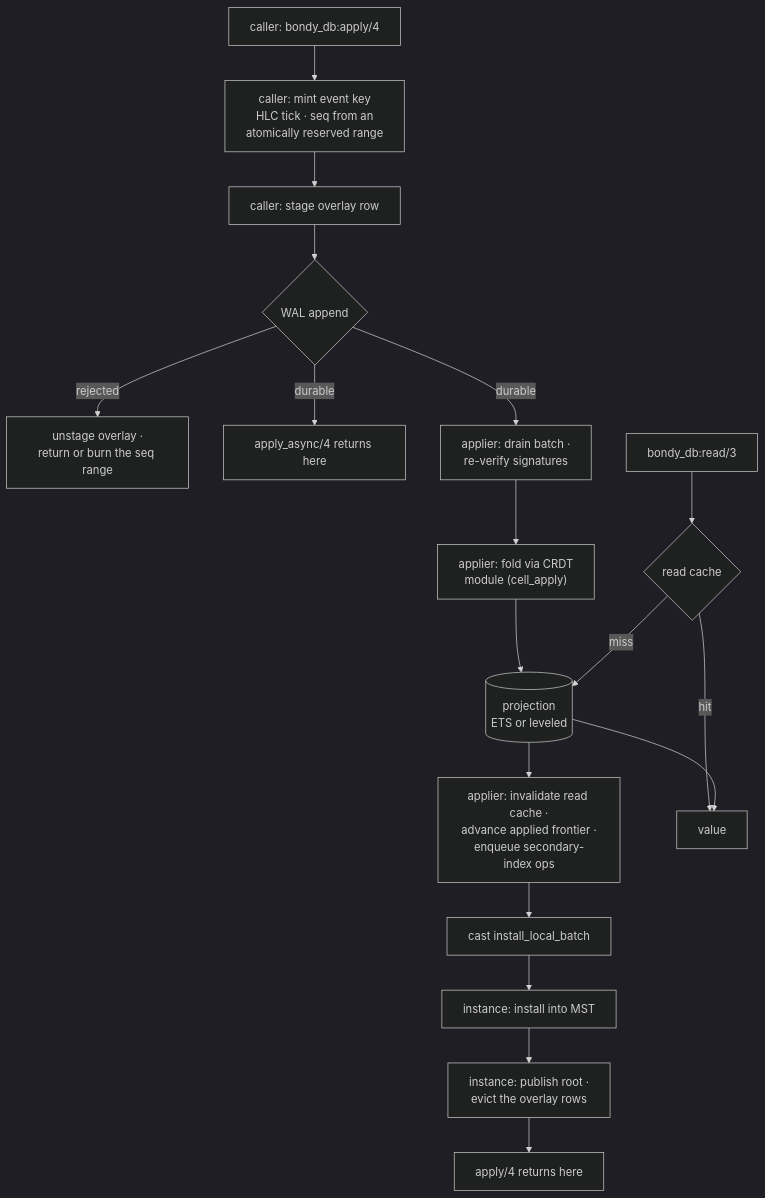
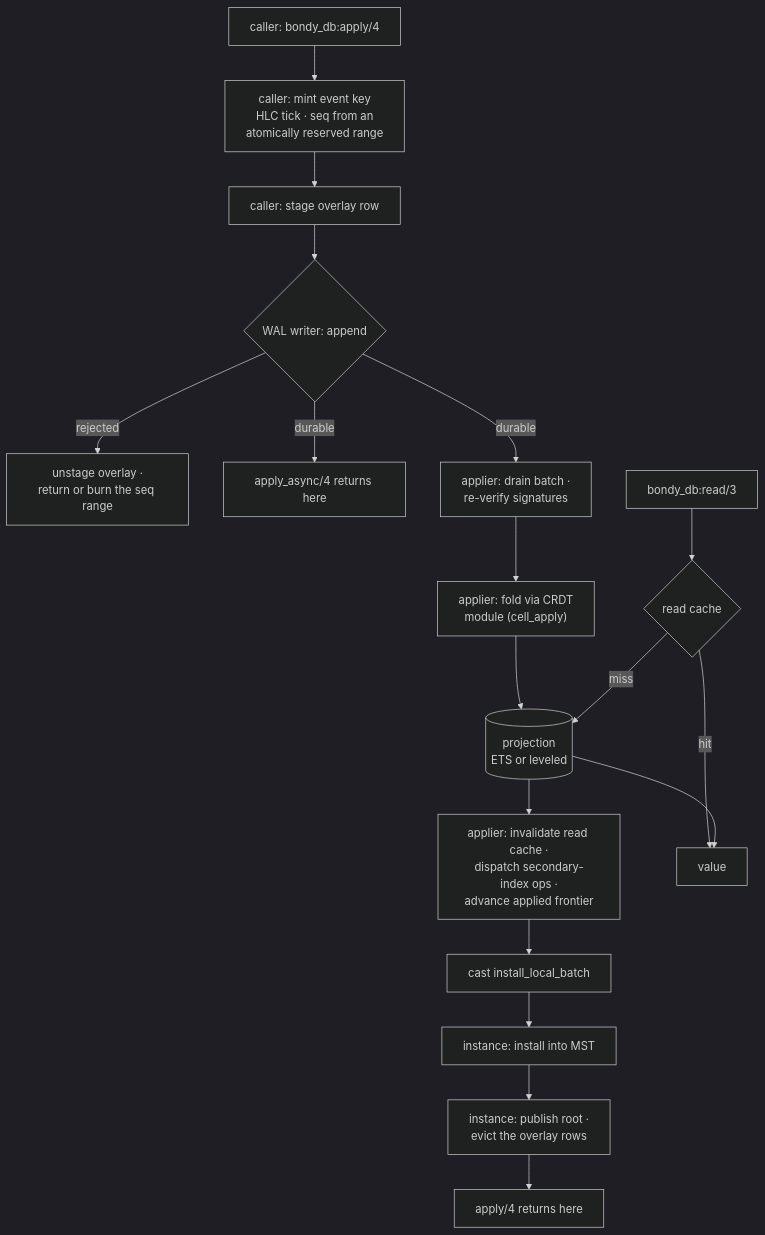
The diagram in doc/guides/architecture/db_view_shard_runtime.md (bondy-io/bondy), drawn with Mermaid (dark theme) before and after one commit. The commit also changed other lines of this file and 449 other files, not shown here.

````diff
--- a/doc/guides/architecture/db_view_shard_runtime.md
+++ b/doc/guides/architecture/db_view_shard_runtime.md
@@ -13,20 +16,20 @@
 ```mermaid
 flowchart TD
     W["caller: bondy_db:apply/4"] --> MINT["caller: mint event key<br/>HLC tick · seq from an<br/>atomically reserved range"]
     MINT --> OV["caller: stage overlay row"]
-    OV --> WA{"WAL append"}
+    OV --> WA{"WAL writer: append"}
     WA -->|rejected| RB["unstage overlay ·<br/>return or burn the seq range"]
     WA -->|durable| ASY["apply_async/4 returns here"]
     WA -->|durable| DR["applier: drain batch ·<br/>re-verify signatures"]
     DR --> FOLD["applier: fold via CRDT<br/>module (cell_apply)"]
     FOLD --> PROJ[("projection<br/>ETS or leveled")]
-    PROJ --> POST["applier: invalidate read cache ·<br/>advance applied frontier ·<br/>enqueue secondary-index ops"]
+    PROJ --> POST["applier: invalidate read cache ·<br/>dispatch secondary-index ops ·<br/>advance applied frontier"]
     POST --> CAST["cast install_local_batch"]
     CAST --> INSTALL["instance: install into MST"]
     INSTALL --> PUB["instance: publish root ·<br/>evict the overlay rows"]
     PUB --> ACK["apply/4 returns here"]
     RD["bondy_db:read/3"] --> CA{"read cache"}
     CA -->|hit| V["value"]
     CA -->|miss| PROJ
     PROJ --> V
 ```
````
